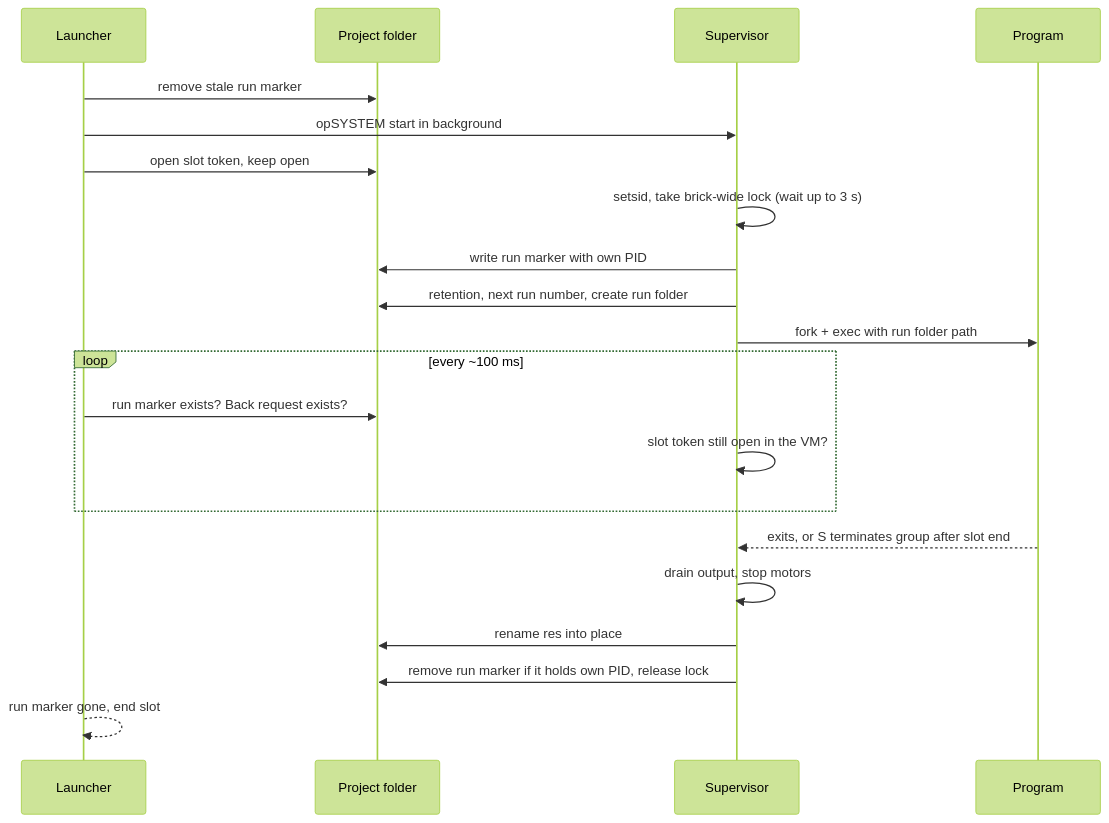
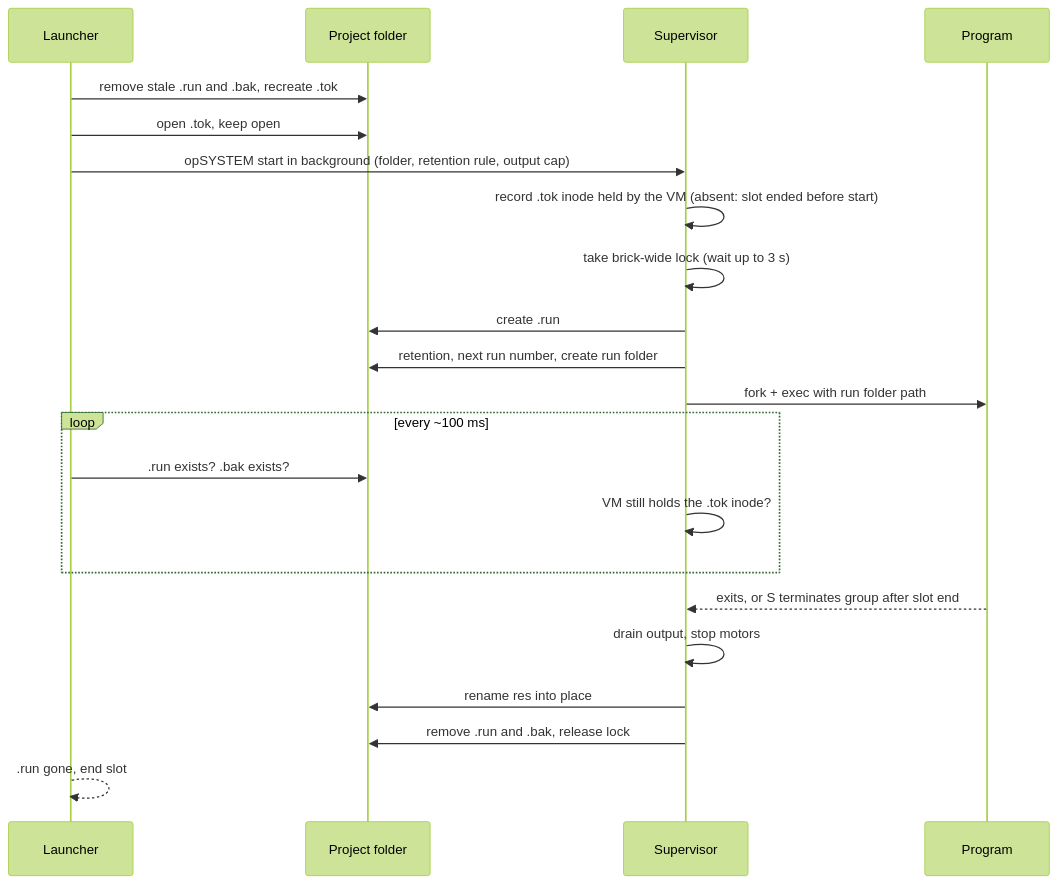
One commit to 99LevelsUp/ev3-c changed the third of 5 diagrams in docs/plans/2026-11-18-1038-feat-program-run-contract-plan.md. Above: the diagram before and after it, drawn with Mermaid (forest theme). The commit also changed other lines of this file, not shown here.

First line of the commit message:
Fix supervisor process groups, slot-token races and result matching in run plan

````diff
--- a/docs/plans/2026-11-18-1038-feat-program-run-contract-plan.md
+++ b/docs/plans/2026-11-18-1038-feat-program-run-contract-plan.md
@@ -303,23 +304,24 @@
 ```mermaid
 sequenceDiagram
   participant L as Launcher
   participant FS as Project folder
   participant S as Supervisor
   participant P as Program
-  L->>FS: remove stale run marker
-  L->>S: opSYSTEM start in background
-  L->>FS: open slot token, keep open
-  S->>S: setsid, take brick-wide lock (wait up to 3 s)
-  S->>FS: write run marker with own PID
+  L->>FS: remove stale .run and .bak, recreate .tok
+  L->>FS: open .tok, keep open
+  L->>S: opSYSTEM start in background (folder, retention rule, output cap)
+  S->>S: record .tok inode held by the VM (absent: slot ended before start)
+  S->>S: take brick-wide lock (wait up to 3 s)
+  S->>FS: create .run
   S->>FS: retention, next run number, create run folder
   S->>P: fork + exec with run folder path
   loop every ~100 ms
-    L->>FS: run marker exists? Back request exists?
-    S->>S: slot token still open in the VM?
+    L->>FS: .run exists? .bak exists?
+    S->>S: VM still holds the .tok inode?
   end
   P-->>S: exits, or S terminates group after slot end
   S->>S: drain output, stop motors
   S->>FS: rename res into place
-  S->>FS: remove run marker if it holds own PID, release lock
-  L-->>L: run marker gone, end slot
+  S->>FS: remove .run and .bak, release lock
+  L-->>L: .run gone, end slot
 ```
````
